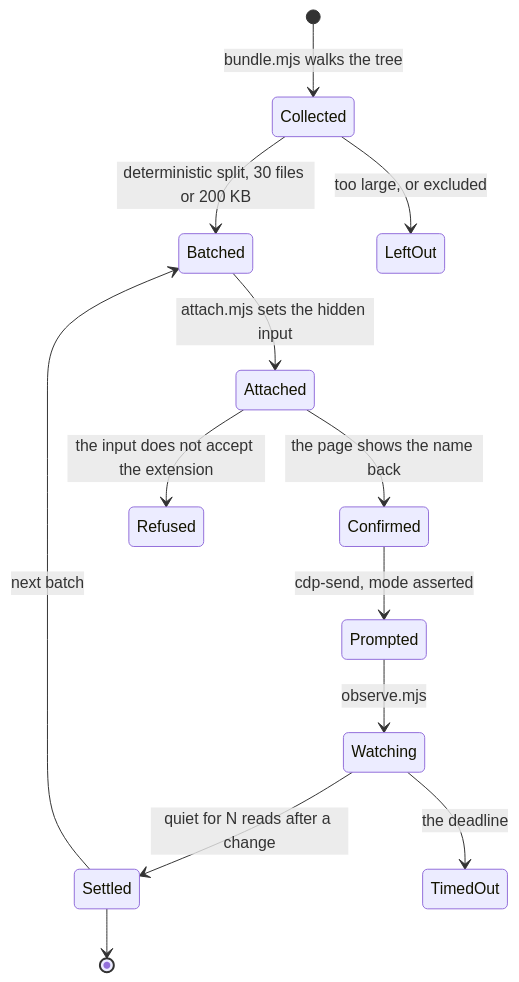
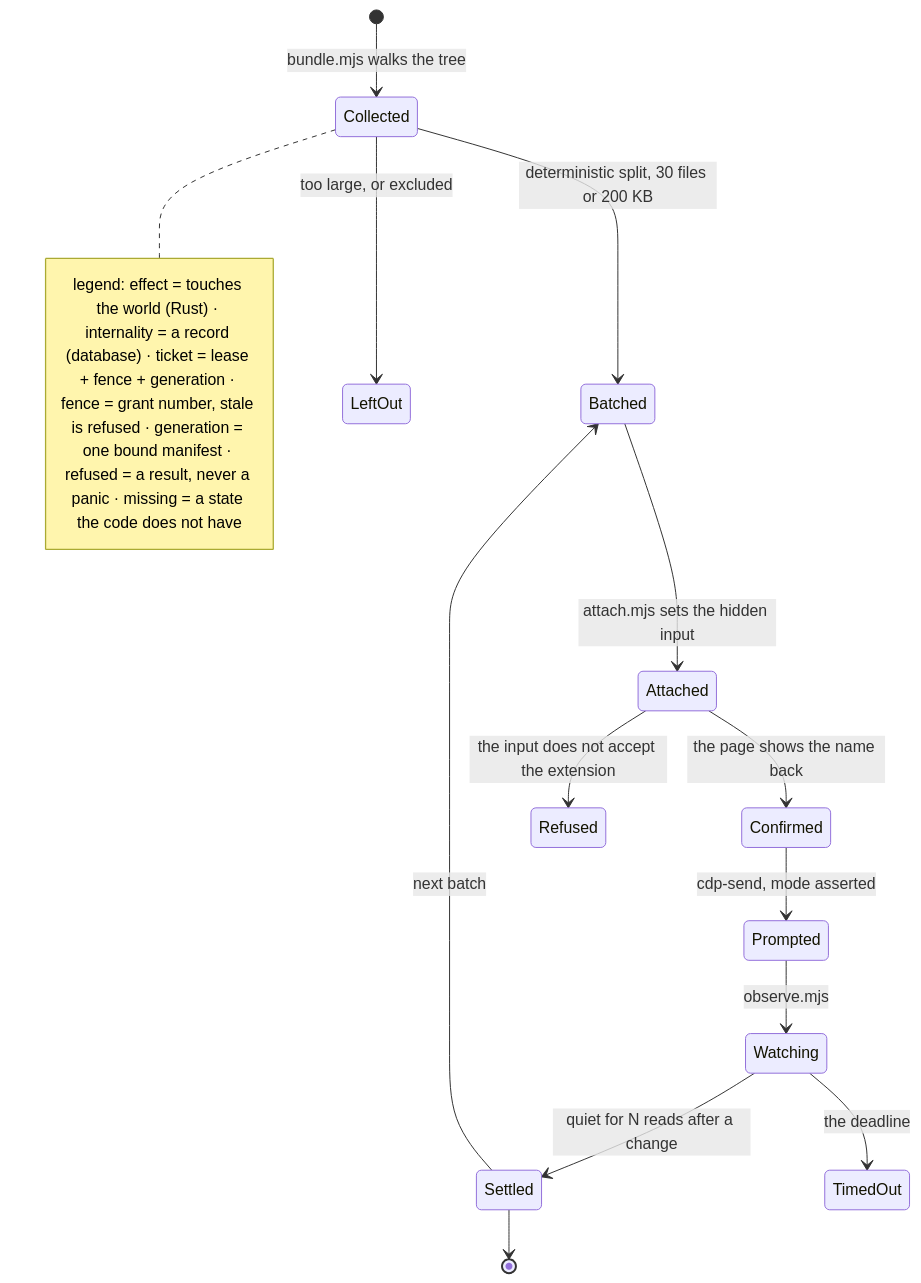
Before and after one commit to MergedBeastAgito/Agito: the first of 4 diagrams in docs/diagram/50-Feed.md, drawn with Mermaid. The commit also changed other lines of this file and 16 other files, not shown here.

First line of the commit message:
refactor(rust): add authority abstraction, seal, and ticket improvements

````diff
--- a/docs/diagram/50-Feed.md
+++ b/docs/diagram/50-Feed.md
@@ -8,15 +8,18 @@
 ```mermaid
 stateDiagram-v2
 	[*] --> Collected: bundle.mjs walks the tree
 	Collected --> Batched: deterministic split, 30 files or 200 KB
 	Collected --> LeftOut: too large, or excluded
 	Batched --> Attached: attach.mjs sets the hidden input
 	Attached --> Confirmed: the page shows the name back
 	Attached --> Refused: the input does not accept the extension
 	Confirmed --> Prompted: cdp-send, mode asserted
 	Prompted --> Watching: observe.mjs
 	Watching --> Settled: quiet for N reads after a change
 	Watching --> TimedOut: the deadline
 	Settled --> Batched: next batch
 	Settled --> [*]
+	note right of Collected
+		legend: effect = touches the world (Rust) · internality = a record (database) · ticket = lease + fence + generation · fence = grant number, stale is refused · generation = one bound manifest · refused = a result, never a panic · missing = a state the code does not have
+	end note
 ```
````
